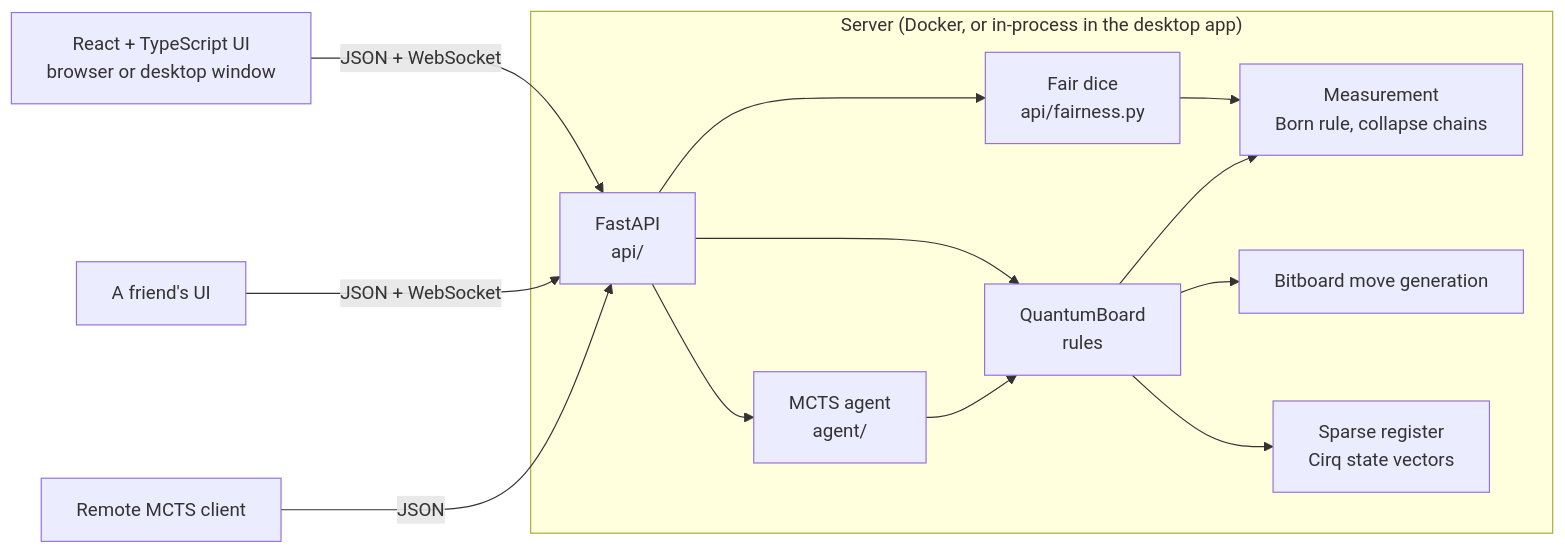
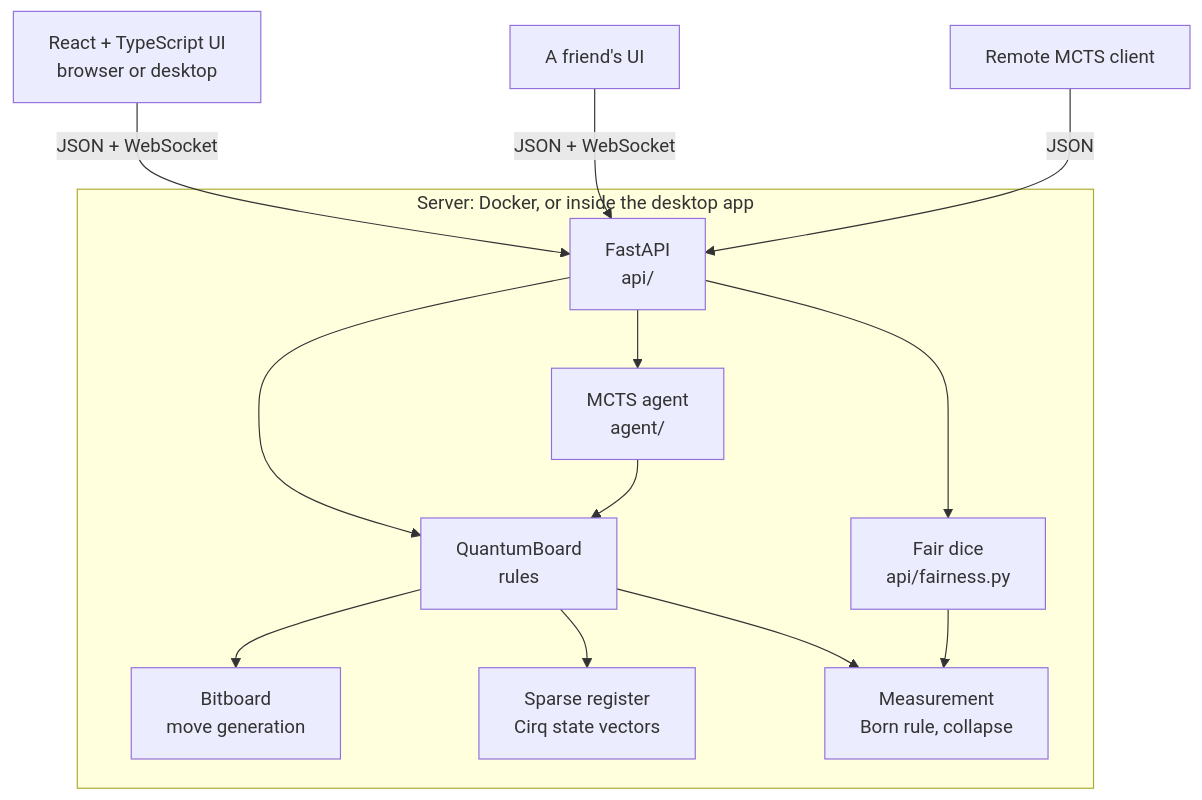
Before and after one commit to Andreas-Erick/Quantum-Chess-Engine: the first of 3 diagrams in docs/architecture.md, drawn with Mermaid. The commit also changed other lines of this file and 14 other files, not shown here.

````diff
--- a/docs/architecture.md
+++ b/docs/architecture.md
@@ -21,16 +22,16 @@
 ```mermaid
-flowchart LR
-    UI["React + TypeScript UI<br/>browser or desktop window"] -- "JSON + WebSocket" --> API
+flowchart TD
+    UI["React + TypeScript UI<br/>browser or desktop"] -- "JSON + WebSocket" --> API
     Friend["A friend's UI"] -- "JSON + WebSocket" --> API
     Remote["Remote MCTS client"] -- JSON --> API
-    subgraph Server["Server (Docker, or in-process in the desktop app)"]
-        API["FastAPI<br/>api/"] --> Board
-        API --> MCTS["MCTS agent<br/>agent/"]
+    subgraph Server["Server: Docker, or inside the desktop app"]
+        API["FastAPI<br/>api/"] --> MCTS["MCTS agent<br/>agent/"]
         API --> Dice["Fair dice<br/>api/fairness.py"]
-        MCTS --> Board
+        API --> Board
+        MCTS --> Board["QuantumBoard<br/>rules"]
+        Board --> Classical["Bitboard<br/>move generation"]
+        Board --> Register["Sparse register<br/>Cirq state vectors"]
+        Board --> Resolver["Measurement<br/>Born rule, collapse"]
         Dice --> Resolver
-        Board["QuantumBoard<br/>rules"] --> Classical["Bitboard move generation"]
-        Board --> Register["Sparse register<br/>Cirq state vectors"]
-        Board --> Resolver["Measurement<br/>Born rule, collapse chains"]
     end
 ```
````
